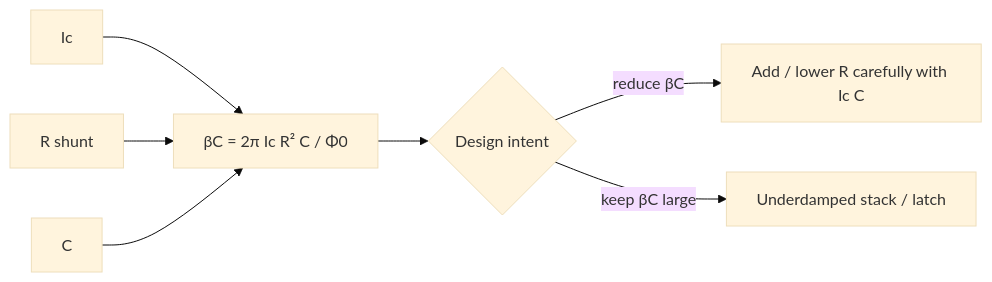
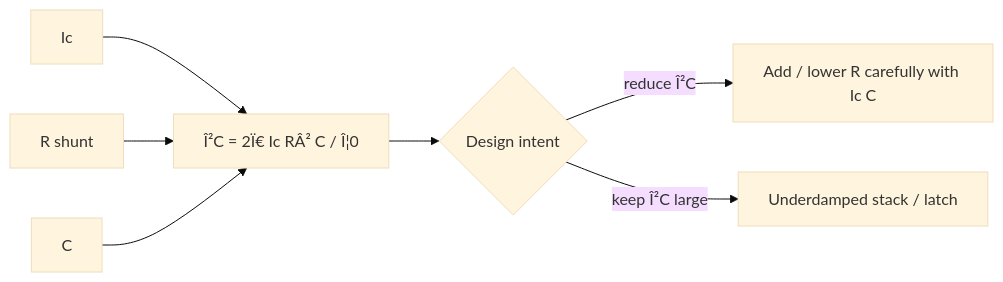
One commit to Single-Flux-Quantum/sfq-learn-public changed the second of 2 diagrams in docs/fundamentals/overdamped-vs-underdamped-jj.md. Above: the diagram before and after it, drawn with Mermaid (base theme). The commit also changed other lines of this file and 41 other files, not shown here.

````diff
--- a/docs/fundamentals/overdamped-vs-underdamped-jj.md
+++ b/docs/fundamentals/overdamped-vs-underdamped-jj.md
@@ -71,9 +71,9 @@
 ```mermaid
 flowchart LR
-  Ic[Ic] --> Beta[βC = 2π Ic R² C / Φ0]
+  Ic[Ic] --> Beta[Î²C = 2Ï€ Ic RÂ² C / Î¦0]
   R[R shunt] --> Beta
   C[C] --> Beta
   Beta --> Design{Design intent}
-  Design -->|reduce βC| Shunt[Add / lower R carefully with Ic C]
-  Design -->|keep βC large| Under[Underdamped stack / latch]
+  Design -->|reduce Î²C| Shunt[Add / lower R carefully with Ic C]
+  Design -->|keep Î²C large| Under[Underdamped stack / latch]
 ```
````
